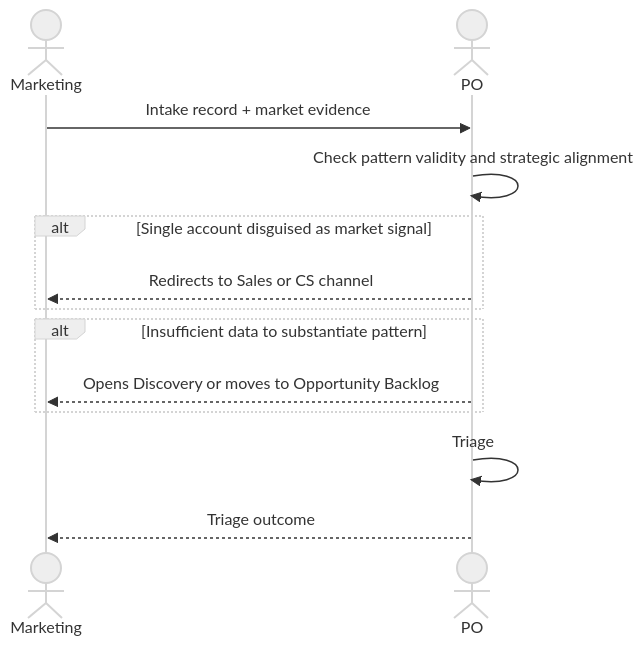
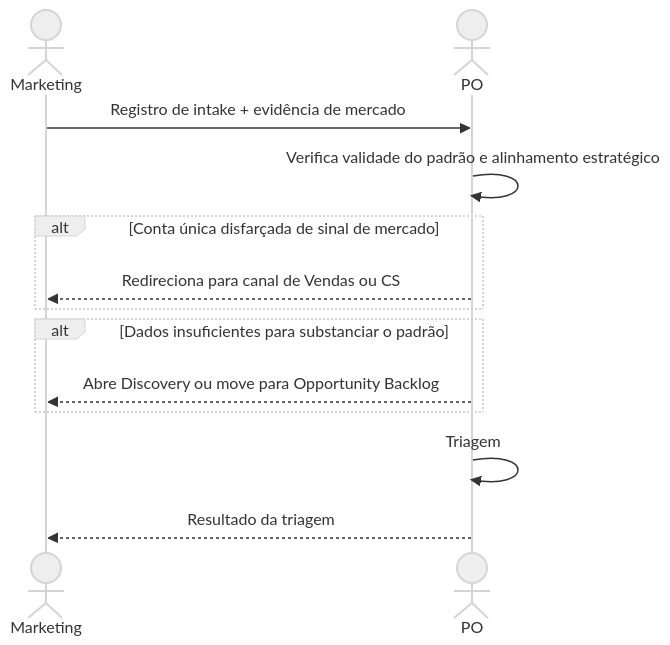
One commit to hugo-hsbtech/teamwork-process changed the diagram in interactions/03-marketing-to-po.md. Above: the diagram before and after it, drawn with Mermaid (neutral theme). The commit also changed other lines of this file and 64 other files, not shown here.

````diff
--- a/interactions/03-marketing-to-po.md
+++ b/interactions/03-marketing-to-po.md
@@ -60,19 +60,19 @@
 ```mermaid
 sequenceDiagram
     actor MKT as Marketing
     actor PO as PO
 
-    MKT->>PO: Intake record + market evidence
-    PO->>PO: Check pattern validity and strategic alignment
+    MKT->>PO: Registro de intake + evidência de mercado
+    PO->>PO: Verifica validade do padrão e alinhamento estratégico
 
-    alt Single account disguised as market signal
-        PO-->>MKT: Redirects to Sales or CS channel
+    alt Conta única disfarçada de sinal de mercado
+        PO-->>MKT: Redireciona para canal de Vendas ou CS
     end
 
-    alt Insufficient data to substantiate pattern
-        PO-->>MKT: Opens Discovery or moves to Opportunity Backlog
+    alt Dados insuficientes para substanciar o padrão
+        PO-->>MKT: Abre Discovery ou move para Opportunity Backlog
     end
 
-    PO->>PO: Triage
-    PO-->>MKT: Triage outcome
+    PO->>PO: Triagem
+    PO-->>MKT: Resultado da triagem
 ```
````
